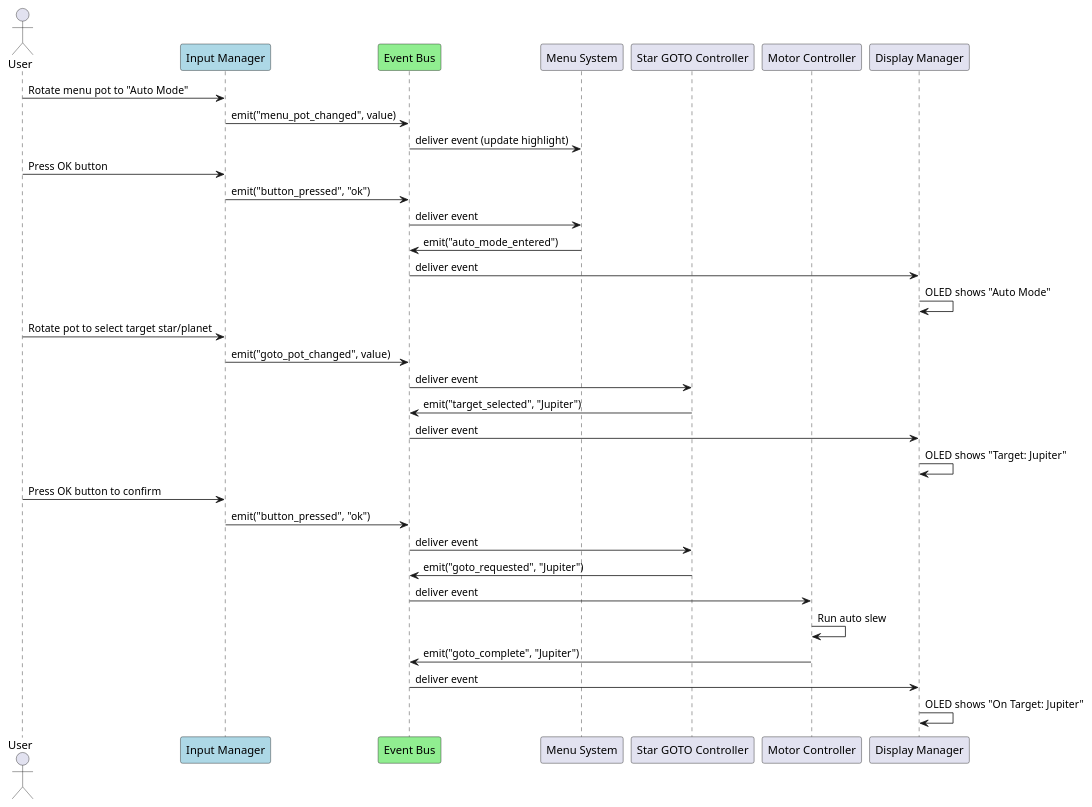
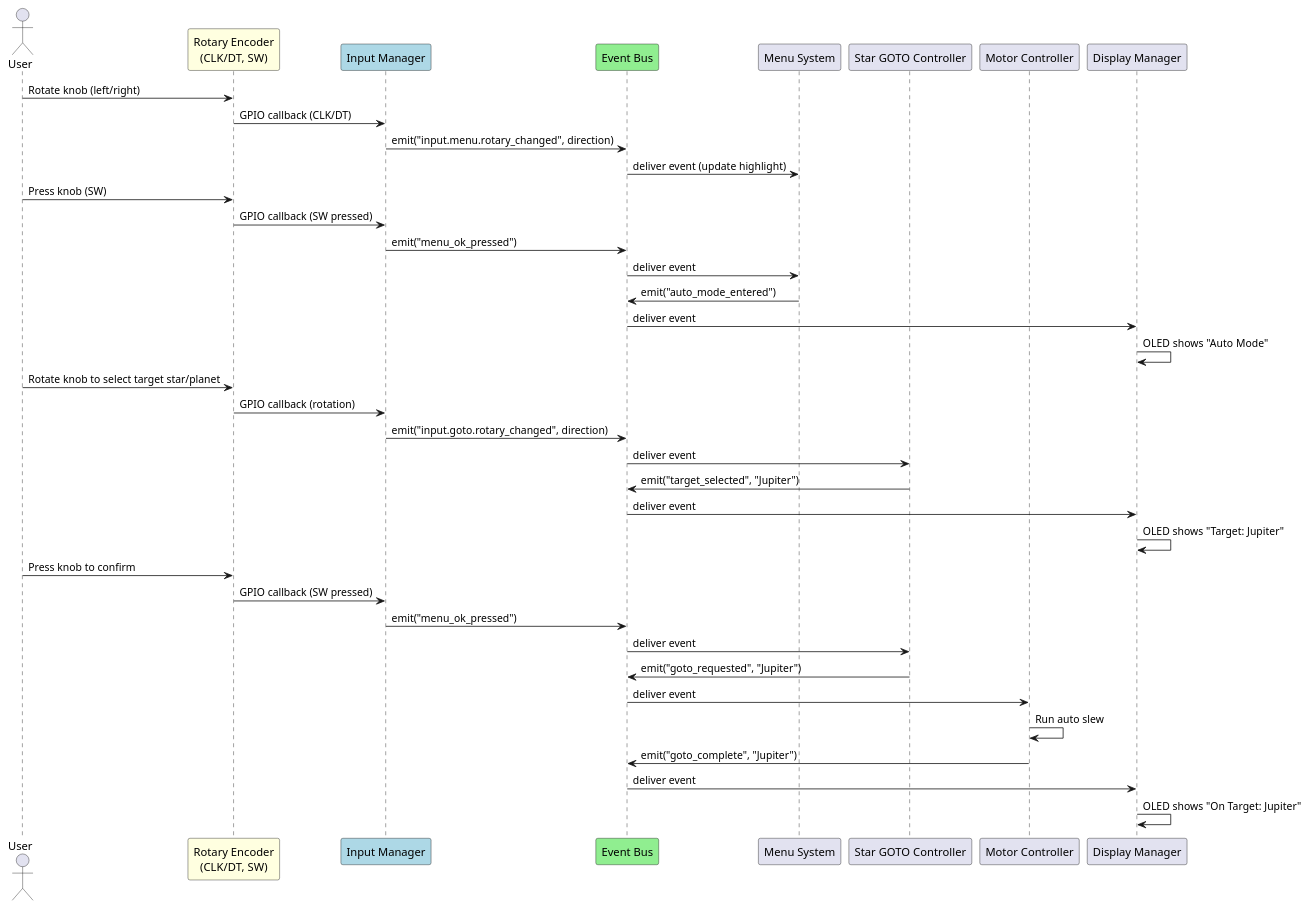
One commit to apku04/optiscopePrime changed the diagram in doc/autoGOTOModeUseCase.puml. Above: the diagram before and after it, drawn with PlantUML. The commit also changed 11 other files, not shown here.

```diff
--- a/doc/autoGOTOModeUseCase.puml
+++ b/doc/autoGOTOModeUseCase.puml
@@ -1,37 +1,42 @@
 @startuml
 actor User
+participant "Rotary Encoder\n(CLK/DT, SW)" as Encoder #LightYellow
 participant "Input Manager" as IM #LightBlue
 participant "Event Bus" as EB #LightGreen
 participant "Menu System" as Menu
 participant "Star GOTO Controller" as GOTO
 participant "Motor Controller" as MC
 participant "Display Manager" as DM
 
-User -> IM: Rotate menu pot to "Auto Mode"
-IM -> EB: emit("menu_pot_changed", value)
+User -> Encoder: Rotate knob (left/right)
+Encoder -> IM: GPIO callback (CLK/DT)
+IM -> EB: emit("input.menu.rotary_changed", direction)
 EB -> Menu: deliver event (update highlight)
 
-User -> IM: Press OK button
-IM -> EB: emit("button_pressed", "ok")
+User -> Encoder: Press knob (SW)
+Encoder -> IM: GPIO callback (SW pressed)
+IM -> EB: emit("menu_ok_pressed")
 EB -> Menu: deliver event
 Menu -> EB: emit("auto_mode_entered")
 EB -> DM: deliver event
 DM -> DM: OLED shows "Auto Mode"
 
-User -> IM: Rotate pot to select target star/planet
-IM -> EB: emit("goto_pot_changed", value)
+User -> Encoder: Rotate knob to select target star/planet
+Encoder -> IM: GPIO callback (rotation)
+IM -> EB: emit("input.goto.rotary_changed", direction)
 EB -> GOTO: deliver event
 GOTO -> EB: emit("target_selected", "Jupiter")
 EB -> DM: deliver event
 DM -> DM: OLED shows "Target: Jupiter"
 
-User -> IM: Press OK button to confirm
-IM -> EB: emit("button_pressed", "ok")
+User -> Encoder: Press knob to confirm
+Encoder -> IM: GPIO callback (SW pressed)
+IM -> EB: emit("menu_ok_pressed")
 EB -> GOTO: deliver event
 GOTO -> EB: emit("goto_requested", "Jupiter")
 EB -> MC: deliver event
 MC -> MC: Run auto slew
 MC -> EB: emit("goto_complete", "Jupiter")
 EB -> DM: deliver event
 DM -> DM: OLED shows "On Target: Jupiter"
 @enduml
```
